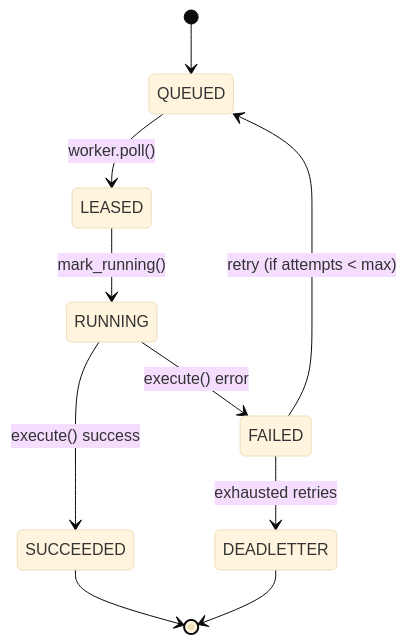
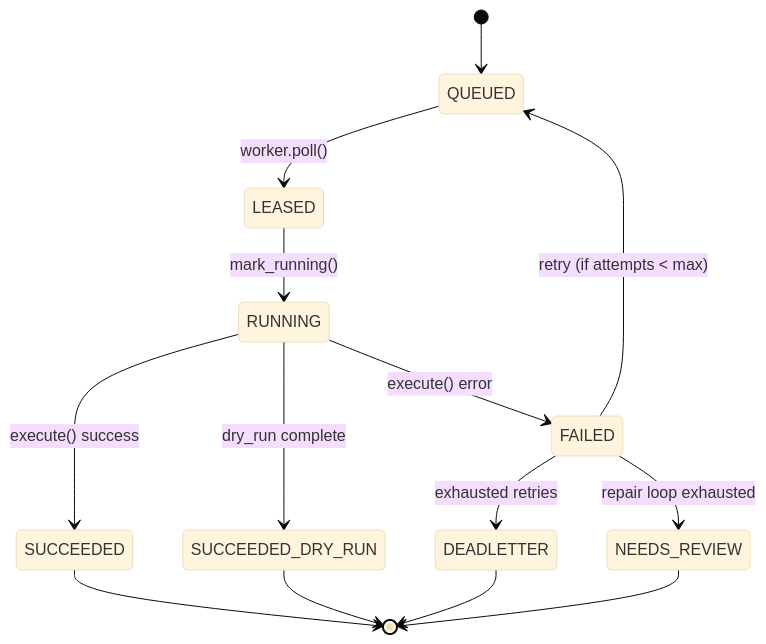
One commit to ValterAndersson/myon changed the fifth of 12 diagrams in docs/CATALOG_ORCHESTRATOR_ARCHITECTURE.md. Above: the diagram before and after it, drawn with Mermaid (base theme). The commit also changed other lines of this file and 11 other files, not shown here.

````diff
--- a/docs/CATALOG_ORCHESTRATOR_ARCHITECTURE.md
+++ b/docs/CATALOG_ORCHESTRATOR_ARCHITECTURE.md
@@ -137,12 +547,16 @@
 ```mermaid
 stateDiagram-v2
     [*] --> QUEUED
     QUEUED --> LEASED: worker.poll()
     LEASED --> RUNNING: mark_running()
     RUNNING --> SUCCEEDED: execute() success
+    RUNNING --> SUCCEEDED_DRY_RUN: dry_run complete
     RUNNING --> FAILED: execute() error
     FAILED --> QUEUED: retry (if attempts < max)
     FAILED --> DEADLETTER: exhausted retries
+    FAILED --> NEEDS_REVIEW: repair loop exhausted
     SUCCEEDED --> [*]
+    SUCCEEDED_DRY_RUN --> [*]
     DEADLETTER --> [*]
+    NEEDS_REVIEW --> [*]
 ```
````
